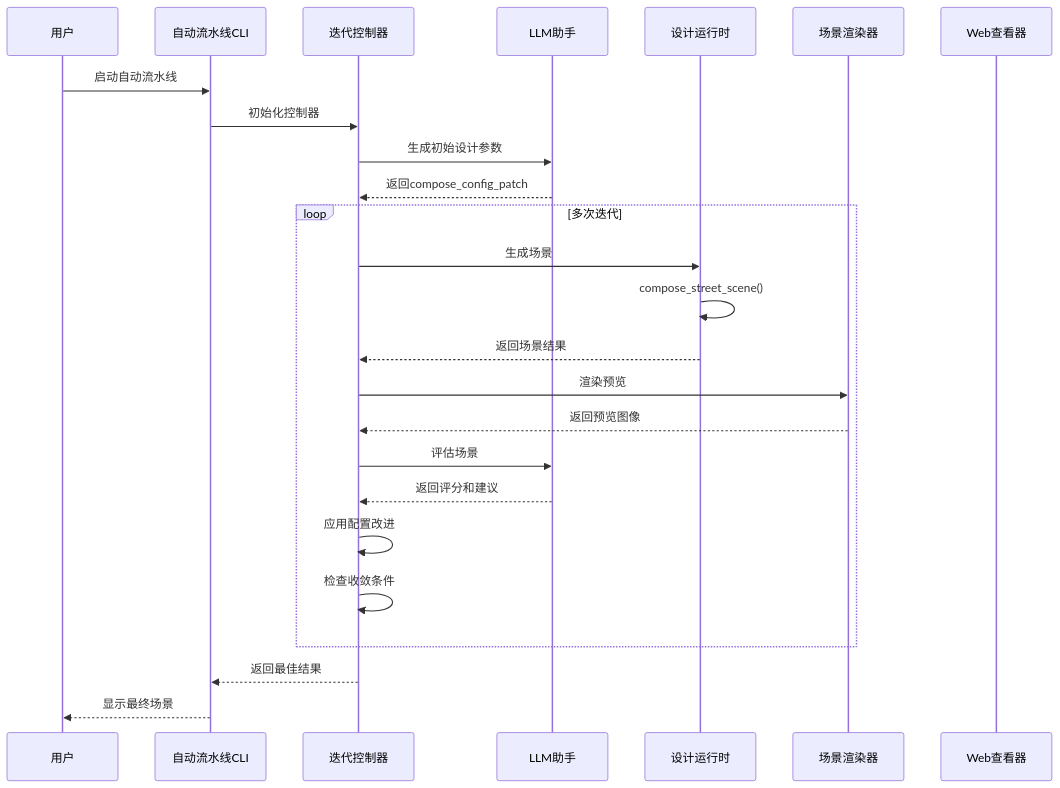
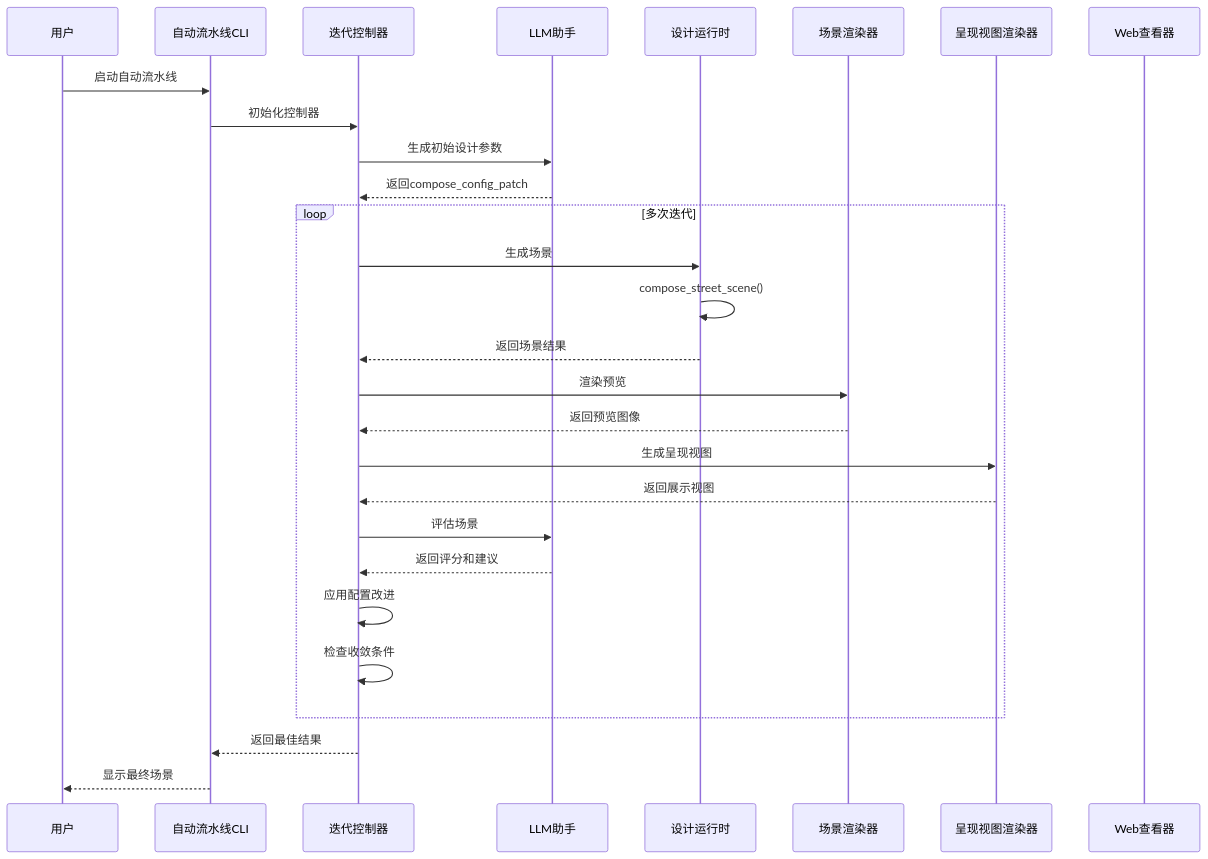
The second of 11 diagrams in .qoder/repowiki/zh/content/里程碑管道/自动场景生成流水线/自动场景生成流水线.md (wsqstar/RoadGen3D), drawn with Mermaid before and after one commit. The commit also changed other lines of this file and 12 other files, not shown here.

````diff
--- a/.qoder/repowiki/zh/content/里程碑管道/自动场景生成流水线/自动场景生成流水线.md
+++ b/.qoder/repowiki/zh/content/里程碑管道/自动场景生成流水线/自动场景生成流水线.md
@@ -116,27 +137,30 @@
 ```mermaid
 sequenceDiagram
 participant User as 用户
 participant CLI as 自动流水线CLI
 participant Controller as 迭代控制器
 participant LLM as LLM助手
 participant Runtime as 设计运行时
 participant Renderer as 场景渲染器
+participant Beauty as 呈现视图渲染器
 participant Viewer as Web查看器
 User->>CLI : 启动自动流水线
 CLI->>Controller : 初始化控制器
 Controller->>LLM : 生成初始设计参数
 LLM-->>Controller : 返回compose_config_patch
 loop 多次迭代
 Controller->>Runtime : 生成场景
 Runtime->>Runtime : compose_street_scene()
 Runtime-->>Controller : 返回场景结果
 Controller->>Renderer : 渲染预览
 Renderer-->>Controller : 返回预览图像
+Controller->>Beauty : 生成呈现视图
+Beauty-->>Controller : 返回展示视图
 Controller->>LLM : 评估场景
 LLM-->>Controller : 返回评分和建议
 Controller->>Controller : 应用配置改进
 Controller->>Controller : 检查收敛条件
 end
 Controller-->>CLI : 返回最佳结果
 CLI-->>User : 显示最终场景
 ```
````
